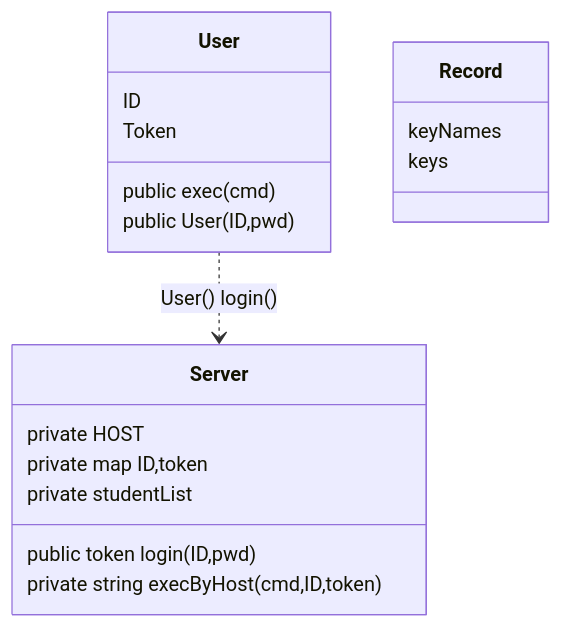
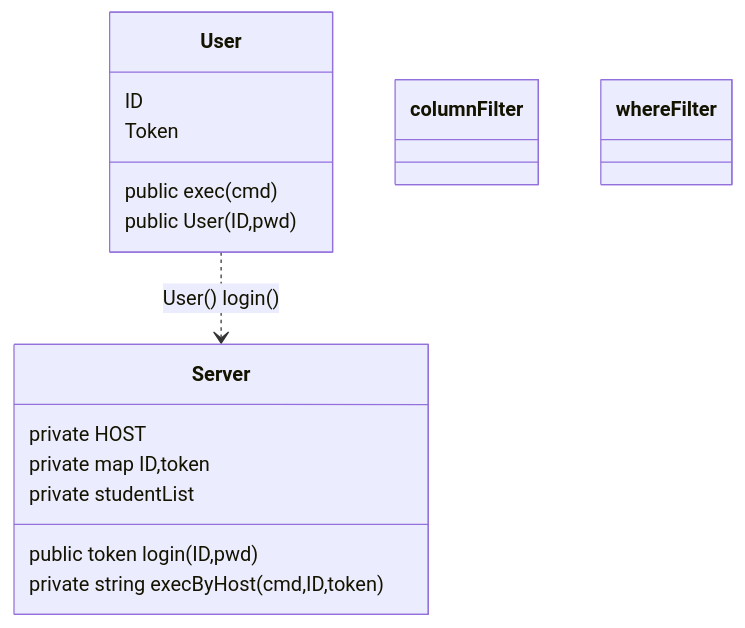
Before and after one commit to A0nameless0man/Pile: the diagram in CourseDesignOfCPP/CourseDesign/AuthorizeServer.md, drawn with Mermaid. The commit also changed 1 other file, not shown here.

````diff
--- a/CourseDesignOfCPP/CourseDesign/AuthorizeServer.md
+++ b/CourseDesignOfCPP/CourseDesign/AuthorizeServer.md
@@ -2,18 +2,17 @@
 ```mermaid
 classDiagram
 class User
 class Server
-class Record
+class columnFilter
+class whereFilter
 User : ID
 User : Token
 User : public exec(cmd)
 User : public User(ID,pwd)
 User ..> Server : User() login()
 Server : private HOST
 Server : private map ID,token
 Server : private studentList
 Server : public token login(ID,pwd)
 Server : private string execByHost(cmd,ID,token)
-Record : keyNames
-Record : keys
 ```
````
